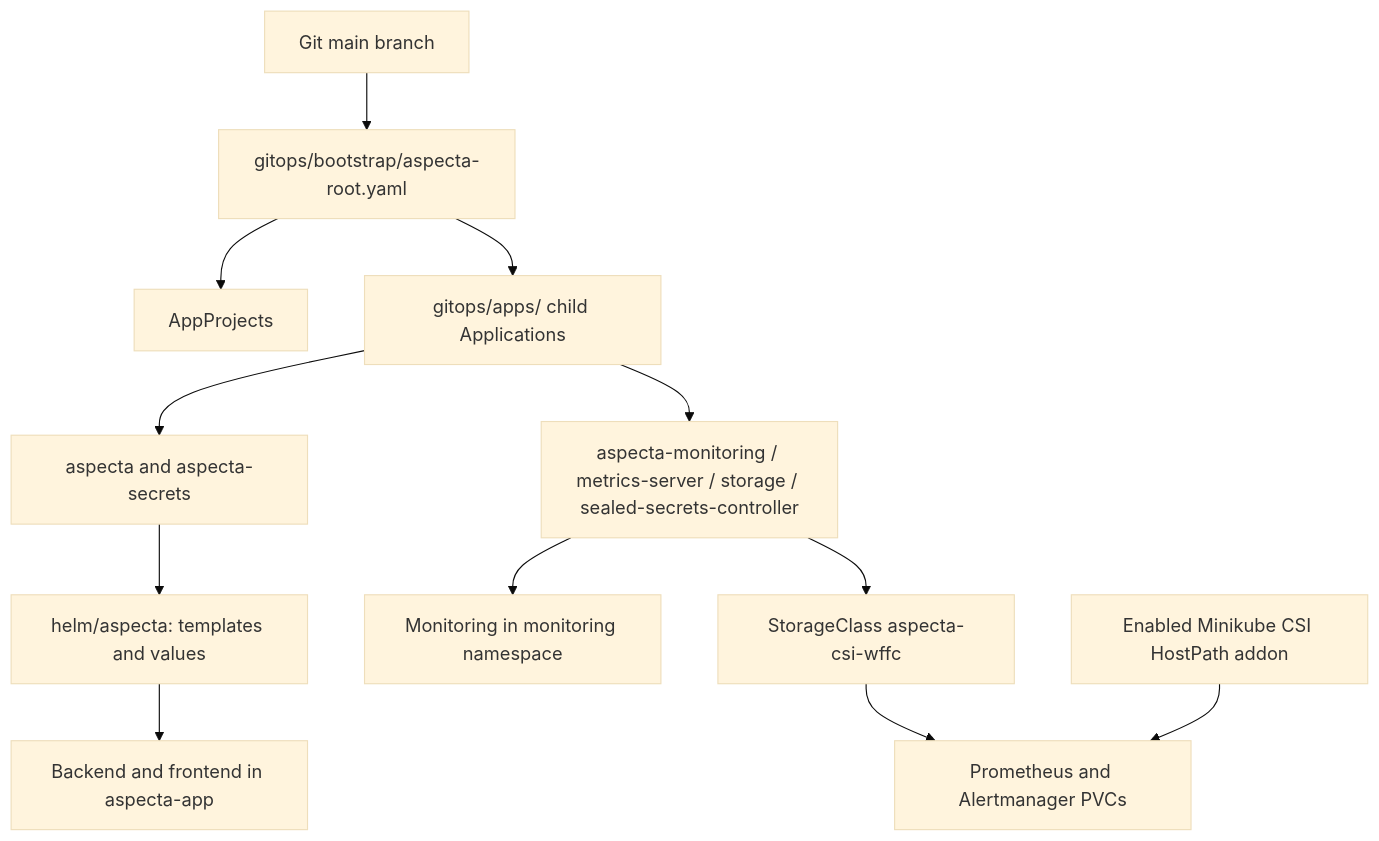
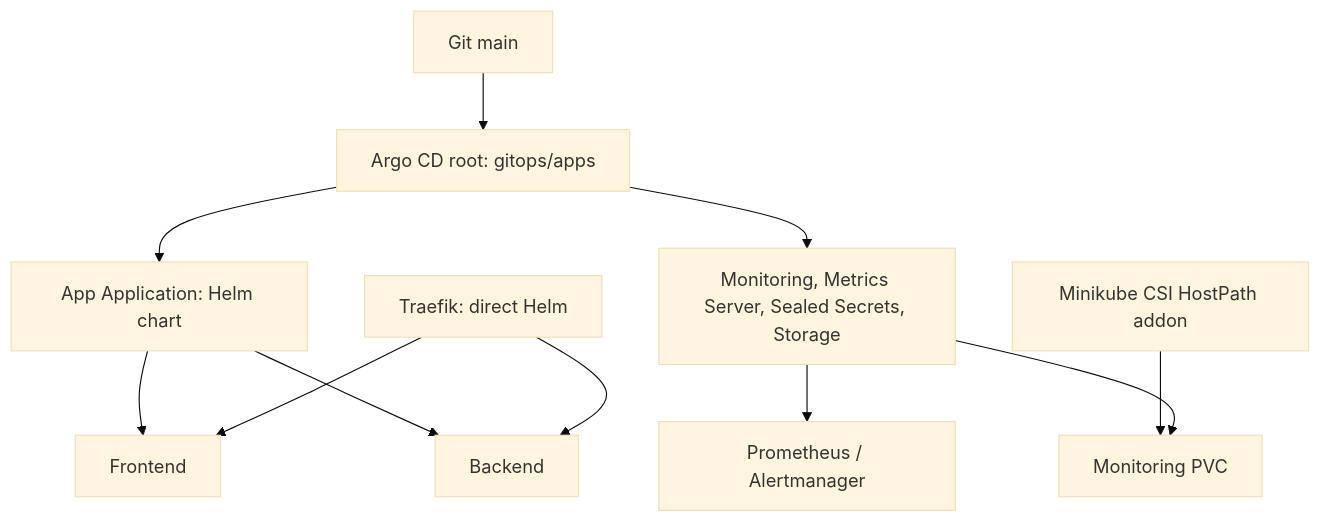
Before and after one commit to jansoltys9/aspecta-k8s-assignment: the diagram in docs/REPOSITORY-AND-GITOPS-MAP.md, drawn with Mermaid (base theme). The commit also changed other lines of this file and 17 other files, not shown here.

````diff
--- a/docs/REPOSITORY-AND-GITOPS-MAP.md
+++ b/docs/REPOSITORY-AND-GITOPS-MAP.md
@@ -56,14 +16,13 @@
 ```mermaid
 flowchart TD
-  Repo[Git main branch] --> Root[gitops/bootstrap/aspecta-root.yaml]
-  Root --> Projects[AppProjects]
-  Root --> Children[gitops/apps/ child Applications]
-  Children --> Work[aspecta and aspecta-secrets]
-  Children --> Platform[aspecta-monitoring / metrics-server / storage / sealed-secrets-controller]
-  Work --> Helm[helm/aspecta: templates and values]
-  Helm --> App[Backend and frontend in aspecta-app]
-  Platform --> Monitoring[Monitoring in monitoring namespace]
-  Platform --> SC[StorageClass aspecta-csi-wffc]
-  SC --> PVC[Prometheus and Alertmanager PVCs]
-  CSI[Enabled Minikube CSI HostPath addon] --> PVC
+  Git[Git main] --> Root[Argo CD root: gitops/apps]
+  Root --> App[App Application: Helm chart]
+  Root --> Mon[Monitoring, Metrics Server, Sealed Secrets, Storage]
+  App --> Front[Frontend]
+  App --> Back[Backend]
+  Mon --> AM[Prometheus / Alertmanager]
+  Traefik[Traefik: direct Helm] --> Front
+  Traefik --> Back
+  CSI[Minikube CSI HostPath addon] --> PVC[Monitoring PVC]
+  Mon --> PVC
 ```
````
